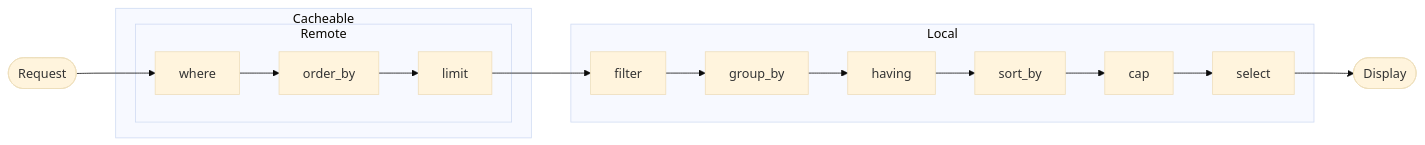
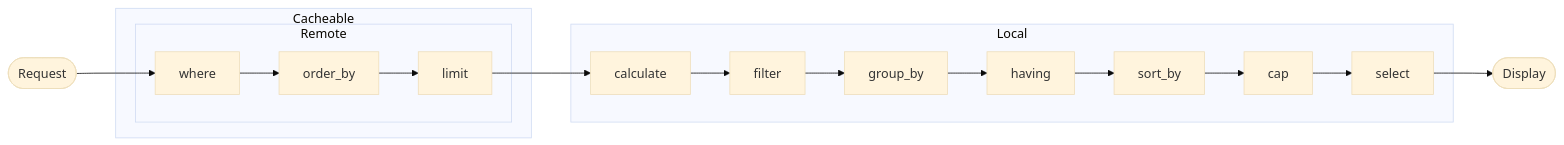
Before and after one commit to coddingtonbear/jira-select: the diagram in docs/query_lifecycle.rst, drawn with Mermaid (base theme). The commit also changed other lines of this file and 4 other files, not shown here.

```diff
--- a/docs/query_lifecycle.rst
+++ b/docs/query_lifecycle.rst
@@ -4,21 +4,22 @@
 .. mermaid::
 
    graph LR
      req([Request])
      req-->where
      subgraph Cacheable
        subgraph Remote
            where-->order_by
            order_by-->limit
        end
      end
      subgraph Local
-       limit-->filt[filter]
+       limit-->calculate
+       calculate-->filt[filter]
        filt[filter]-->group_by
        group_by-->having
        having-->sort_by
        sort_by-->cap
        cap-->select
      end
      result([Display])
      select-->result
```
